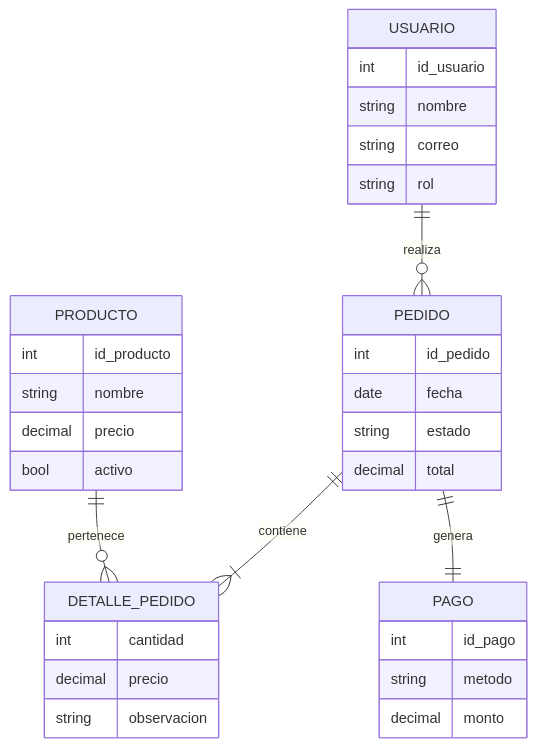
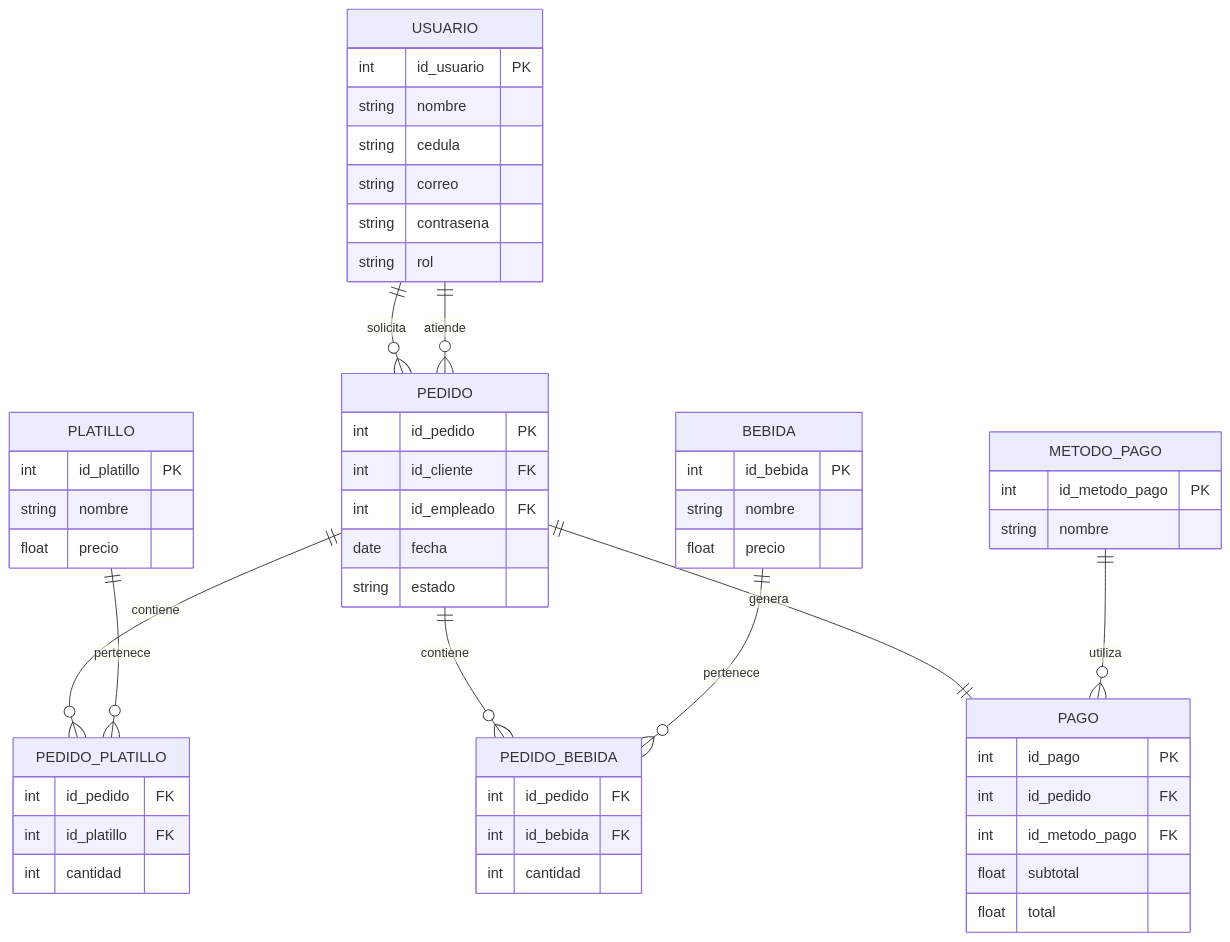
The diagram in ProyectoSoda/arquitectura/modelo-er.md (Juanpa1130/Sistema_Soda), drawn with Mermaid before and after one commit.

````diff
--- a/ProyectoSoda/arquitectura/modelo-er.md
+++ b/ProyectoSoda/arquitectura/modelo-er.md
@@ -3,41 +3,69 @@
 ```mermaid
 erDiagram
 
-USUARIO ||--o{ PEDIDO : realiza
-PEDIDO ||--|{ DETALLE_PEDIDO : contiene
-PRODUCTO ||--o{ DETALLE_PEDIDO : pertenece
-PEDIDO ||--|| PAGO : genera
+    USUARIO ||--o{ PEDIDO : solicita
+    USUARIO ||--o{ PEDIDO : atiende
 
-USUARIO {
- int id_usuario
- string nombre
- string correo
- string rol
-}
+    PEDIDO ||--o{ PEDIDO_PLATILLO : contiene
+    PLATILLO ||--o{ PEDIDO_PLATILLO : pertenece
 
-PEDIDO {
- int id_pedido
- date fecha
- string estado
- decimal total
-}
+    PEDIDO ||--o{ PEDIDO_BEBIDA : contiene
+    BEBIDA ||--o{ PEDIDO_BEBIDA : pertenece
 
-DETALLE_PEDIDO {
- int cantidad
- decimal precio
- string observacion
-}
+    PEDIDO ||--|| PAGO : genera
+    METODO_PAGO ||--o{ PAGO : utiliza
 
-PRODUCTO {
- int id_producto
- string nombre
- decimal precio
- bool activo
-}
+    USUARIO {
+        int id_usuario PK
+        string nombre
+        string cedula
+        string correo
+        string contrasena
+        string rol
+    }
 
-PAGO {
- int id_pago
- string metodo
- decimal monto
-}
+    PEDIDO {
+        int id_pedido PK
+        int id_cliente FK
+        int id_empleado FK
+        date fecha
+        string estado
+    }
+
+    PLATILLO {
+        int id_platillo PK
+        string nombre
+        float precio
+    }
+
+    BEBIDA {
+        int id_bebida PK
+        string nombre
+        float precio
+    }
+
+    PEDIDO_PLATILLO {
+        int id_pedido FK
+        int id_platillo FK
+        int cantidad
+    }
+
+    PEDIDO_BEBIDA {
+        int id_pedido FK
+        int id_bebida FK
+        int cantidad
+    }
+
+    METODO_PAGO {
+        int id_metodo_pago PK
+        string nombre
+    }
+
+    PAGO {
+        int id_pago PK
+        int id_pedido FK
+        int id_metodo_pago FK
+        float subtotal
+        float total
+    }
 ```
````
